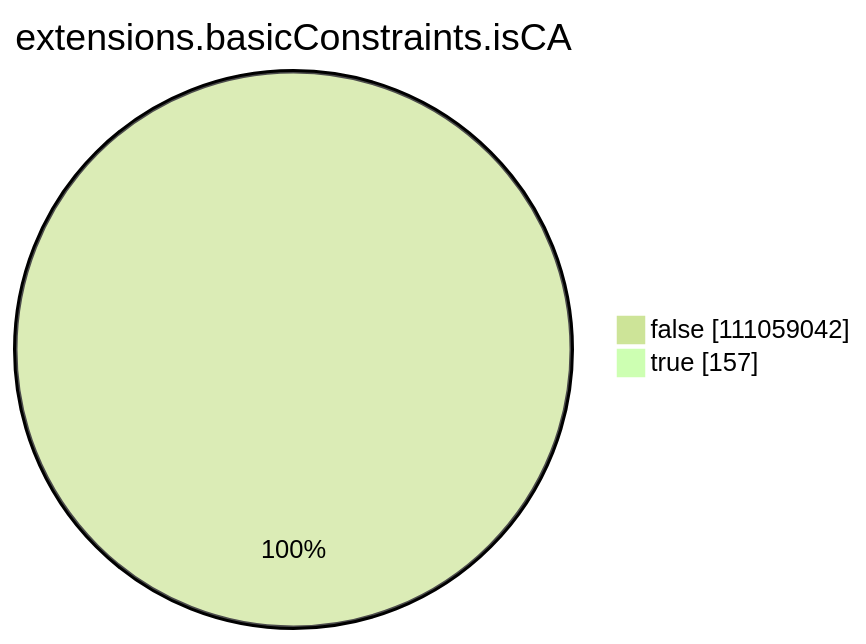
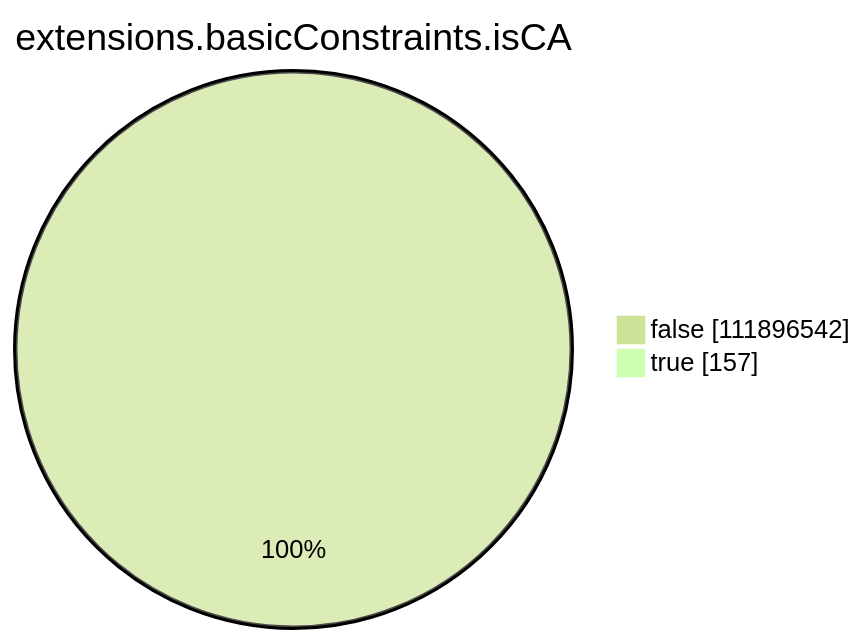
Before and after one commit to christiankrug/ctmonitor_visualization: the seventh of 15 diagrams in argon2023/README.md, drawn with Mermaid (forest theme). The commit also changed other lines of this file, not shown here.

````diff
--- a/argon2023/README.md
+++ b/argon2023/README.md
@@ -2136,6 +2139,6 @@
 ```mermaid
 pie showData
 title extensions.basicConstraints.isCA
-"false" :111059042
+"false" :111896542
 "true" :157
 ```
````
